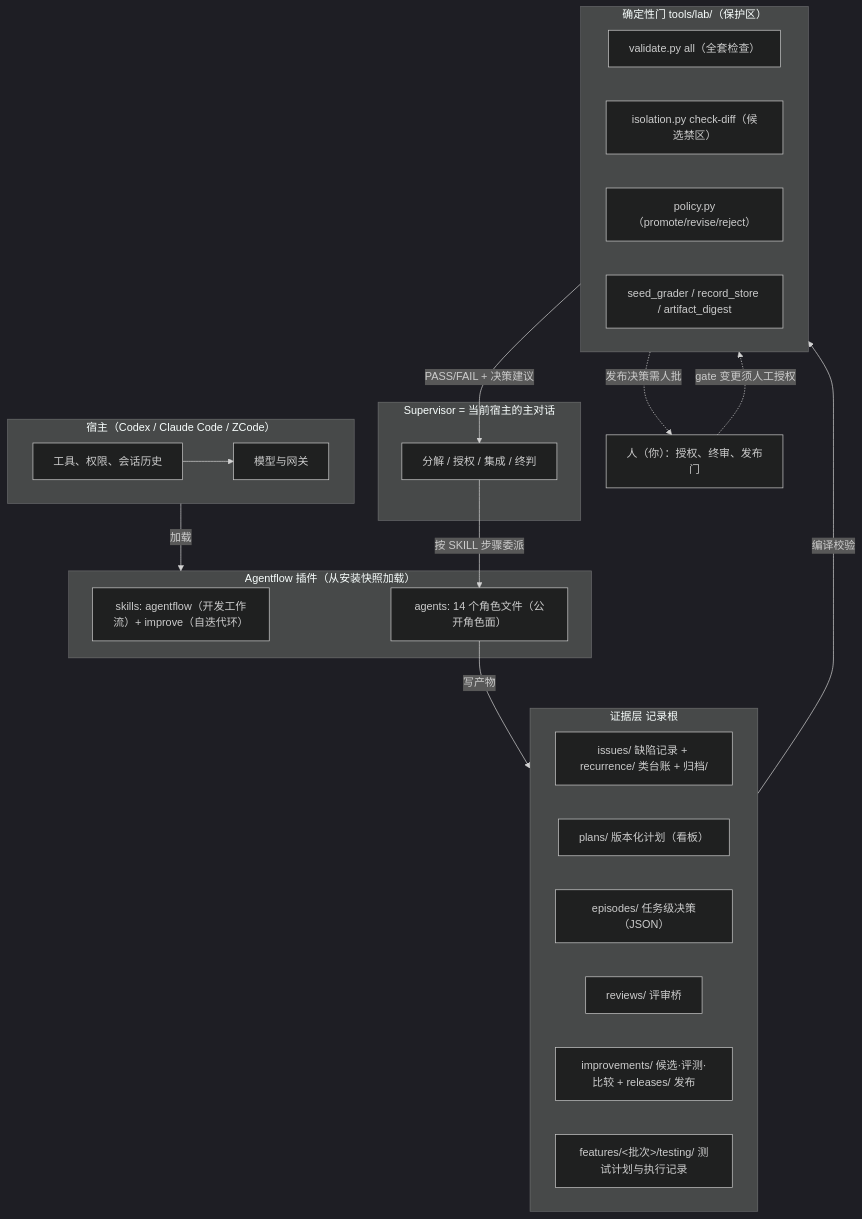
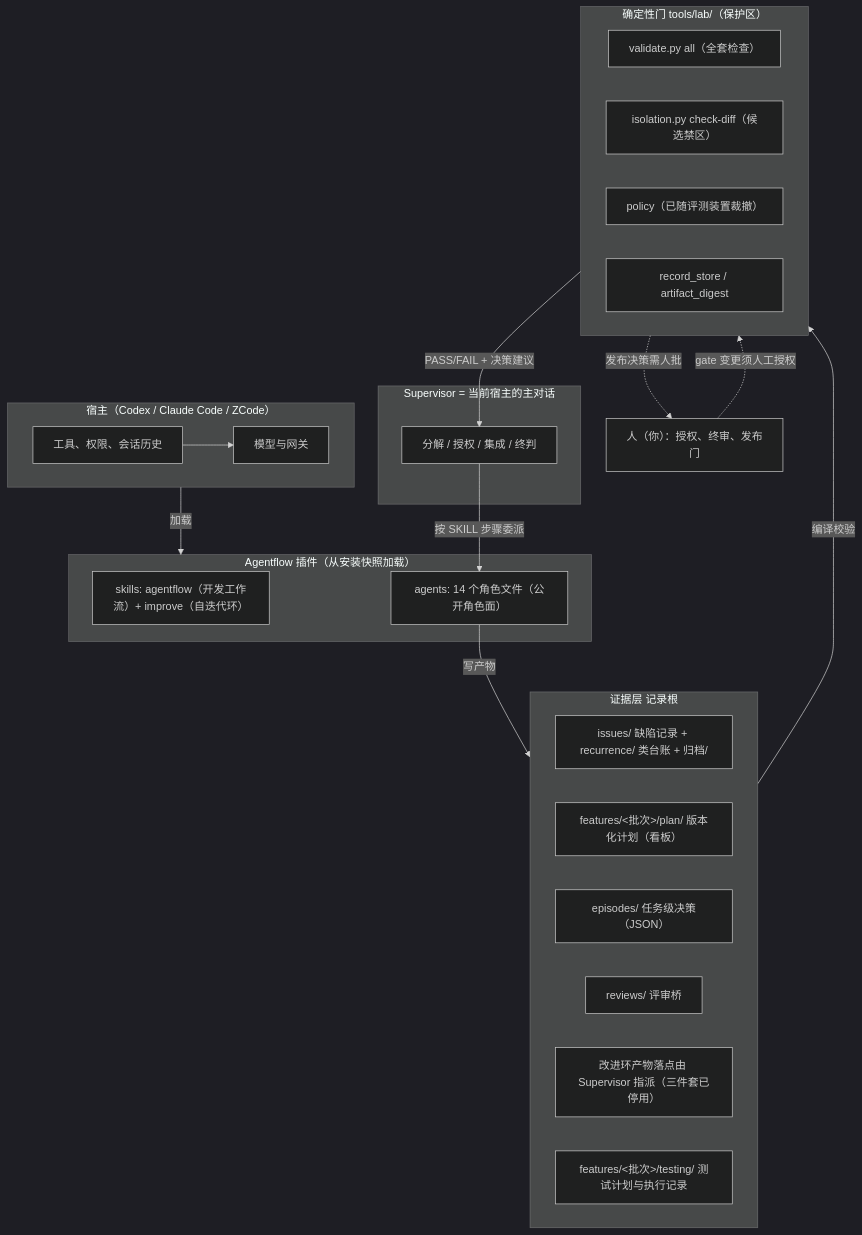
The first of 5 diagrams in docs/system-guide.md (Ganseblum/agentflows), drawn with Mermaid (dark theme) before and after one commit. The commit also changed other lines of this file and 253 other files, not shown here.

````diff
--- a/docs/system-guide.md
+++ b/docs/system-guide.md
@@ -17,43 +16,43 @@
 ```mermaid
 flowchart TB
     subgraph HOST["宿主（Codex / Claude Code / ZCode）"]
         MODEL["模型与网关"]
         TOOLS["工具、权限、会话历史"]
     end
 
     subgraph PLUGIN["Agentflow 插件（从安装快照加载）"]
         SK["skills: agentflow（开发工作流）+ improve（自迭代环）"]
         ROLES["agents: 14 个角色文件（公开角色面）"]
     end
 
     subgraph SUPER["Supervisor = 当前宿主的主对话"]
         DECIDE["分解 / 授权 / 集成 / 终判"]
     end
 
     subgraph EVIDENCE["证据层 记录根"]
         BUGS["issues/ 缺陷记录 + recurrence/ 类台账 + 归档/"]
-        PLANS["plans/ 版本化计划（看板）"]
+        PLANS["features/<批次>/plan/ 版本化计划（看板）"]
         EPIS["episodes/ 任务级决策（JSON）"]
         REVIEWS["reviews/ 评审桥"]
-        IMPR["improvements/ 候选·评测·比较 + releases/ 发布"]
+        IMPR["改进环产物落点由 Supervisor 指派（三件套已停用）"]
         TESTS["features/<批次>/testing/ 测试计划与执行记录"]
     end
 
     subgraph GATE["确定性门 tools/lab/（保护区）"]
         VAL["validate.py all（全套检查）"]
         ISO["isolation.py check-diff（候选禁区）"]
-        POL["policy.py（promote/revise/reject）"]
-        GR["seed_grader / record_store / artifact_digest"]
+        POL["policy（已随评测装置裁撤）"]
+        GR["record_store / artifact_digest"]
     end
 
     HUMAN["人（你）：授权、终审、发布门"]
 
     TOOLS --> MODEL
     HOST -->|"加载"| PLUGIN
     DECIDE -->|"按 SKILL 步骤委派"| ROLES
     ROLES -->|"写产物"| EVIDENCE
     EVIDENCE -->|"编译校验"| GATE
     GATE -->|"PASS/FAIL + 决策建议"| DECIDE
     GATE -.->|"发布决策需人批"| HUMAN
     HUMAN -.->|"gate 变更须人工授权"| GATE
 ```
````
